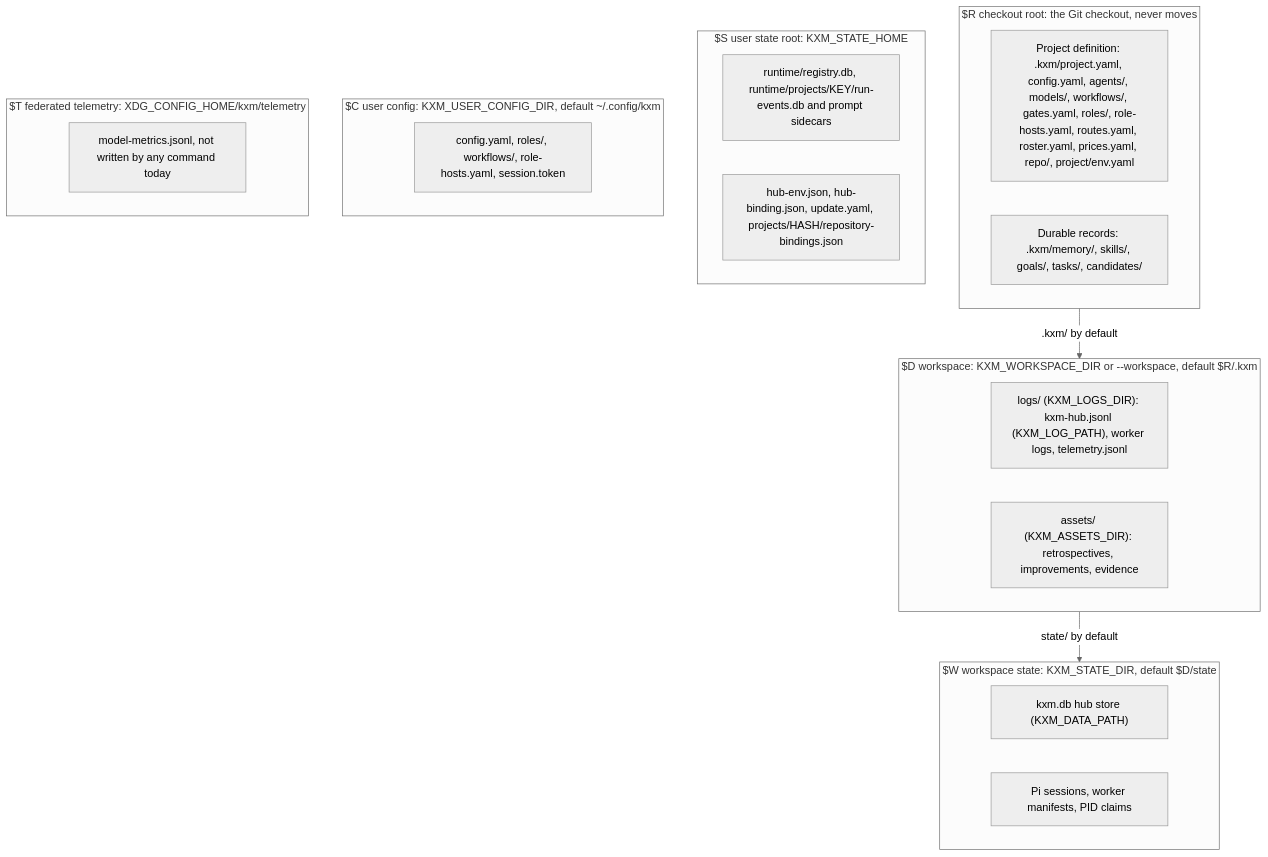
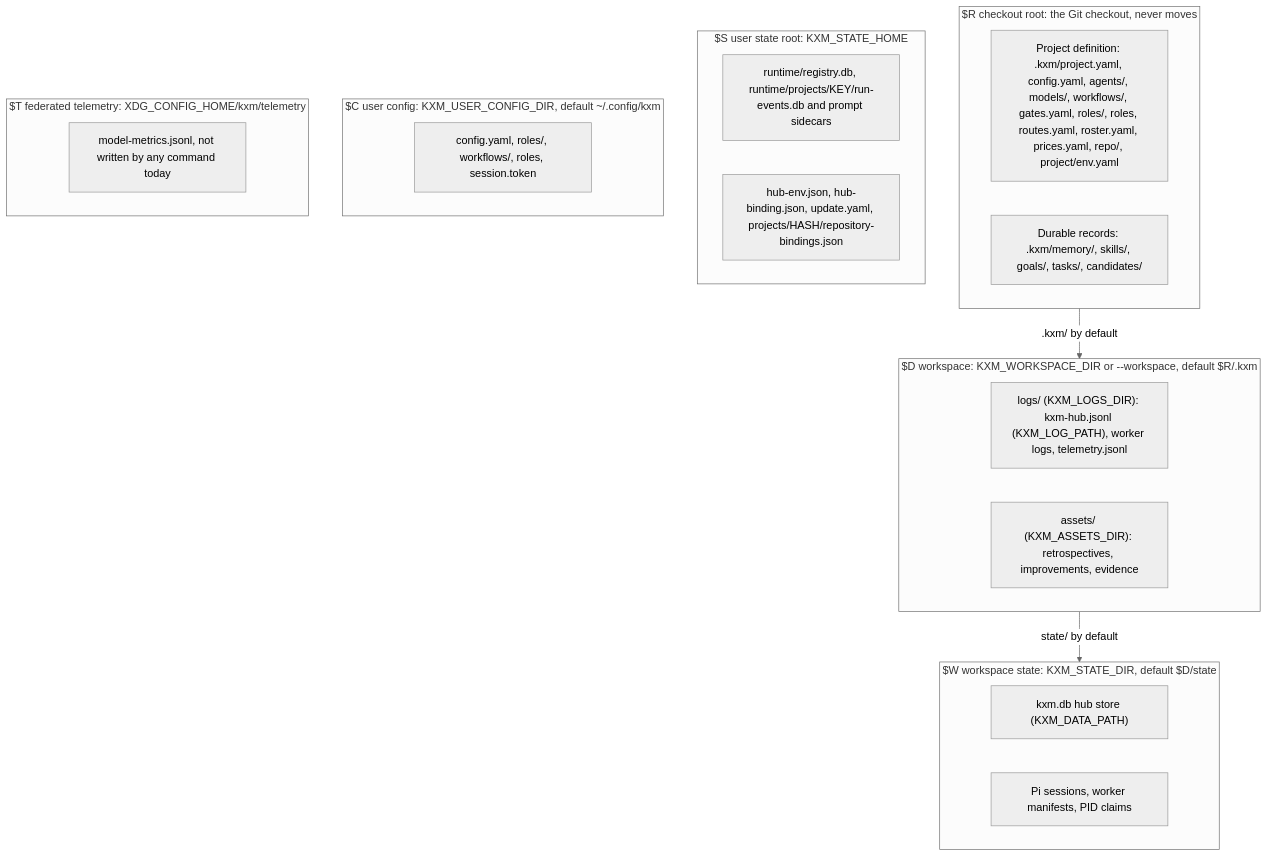
Before and after one commit to kontextmind/kxm: the diagram in docs/operations/backup-and-restore.md, drawn with Mermaid (neutral theme). The commit also changed 67 other files, not shown here.

First line of the commit message:
feat(roles): promote kxm.role.v2 and kxm.model.v2 to the live role authority (P1) (#337)

````diff
--- a/docs/operations/backup-and-restore.md
+++ b/docs/operations/backup-and-restore.md
@@ -15,27 +15,27 @@
 ```mermaid
 flowchart TB
   subgraph R["$R checkout root: the Git checkout, never moves"]
-    R1["Project definition: .kxm/project.yaml, config.yaml, agents/, models/, workflows/, gates.yaml, roles/, role-hosts.yaml, routes.yaml, roster.yaml, prices.yaml, repo/, project/env.yaml"]
+    R1["Project definition: .kxm/project.yaml, config.yaml, agents/, models/, workflows/, gates.yaml, roles/, roles, routes.yaml, roster.yaml, prices.yaml, repo/, project/env.yaml"]
     R2["Durable records: .kxm/memory/, skills/, goals/, tasks/, candidates/"]
   end
   subgraph D["$D workspace: KXM_WORKSPACE_DIR or --workspace, default $R/.kxm"]
     D1["logs/ (KXM_LOGS_DIR): kxm-hub.jsonl (KXM_LOG_PATH), worker logs, telemetry.jsonl"]
     D2["assets/ (KXM_ASSETS_DIR): retrospectives, improvements, evidence"]
   end
   subgraph W["$W workspace state: KXM_STATE_DIR, default $D/state"]
     W1["kxm.db hub store (KXM_DATA_PATH)"]
     W2["Pi sessions, worker manifests, PID claims"]
   end
   subgraph S["$S user state root: KXM_STATE_HOME"]
     S1["runtime/registry.db, runtime/projects/KEY/run-events.db and prompt sidecars"]
     S2["hub-env.json, hub-binding.json, update.yaml, projects/HASH/repository-bindings.json"]
   end
   subgraph C["$C user config: KXM_USER_CONFIG_DIR, default ~/.config/kxm"]
-    C1["config.yaml, roles/, workflows/, role-hosts.yaml, session.token"]
+    C1["config.yaml, roles/, workflows/, roles, session.token"]
   end
   subgraph T["$T federated telemetry: XDG_CONFIG_HOME/kxm/telemetry"]
     T1["model-metrics.jsonl, not written by any command today"]
   end
   R -->|".kxm/ by default"| D
   D -->|"state/ by default"| W
 ```
````
